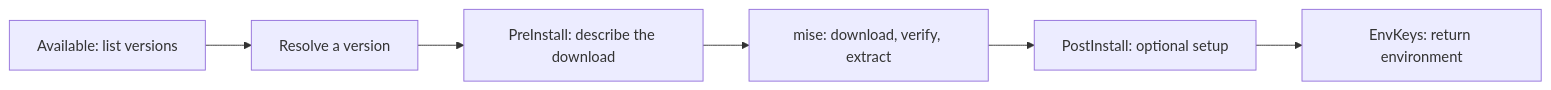
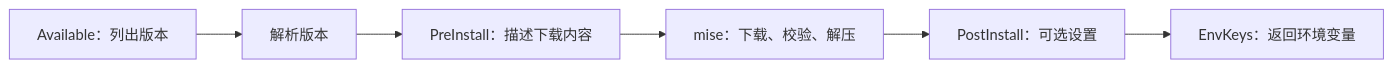
One commit to zhcndoc/mise changed the diagram in docs/tool-plugin-development.md. Above: the diagram before and after it, drawn with Mermaid. The commit also changed other lines of this file and 156 other files, not shown here.

````diff
--- a/docs/tool-plugin-development.md
+++ b/docs/tool-plugin-development.md
@@ -161,8 +148,8 @@
 ```mermaid
 flowchart LR
-    A[Available: list versions] --> B[Resolve a version]
-    B --> C[PreInstall: describe the download]
-    C --> D[mise: download, verify, extract]
-    D --> E[PostInstall: optional setup]
-    E --> F[EnvKeys: return environment]
+    A[Available：列出版本] --> B[解析版本]
+    B --> C[PreInstall：描述下载内容]
+    C --> D[mise：下载、校验、解压]
+    D --> E[PostInstall：可选设置]
+    E --> F[EnvKeys：返回环境变量]
 ```
````
